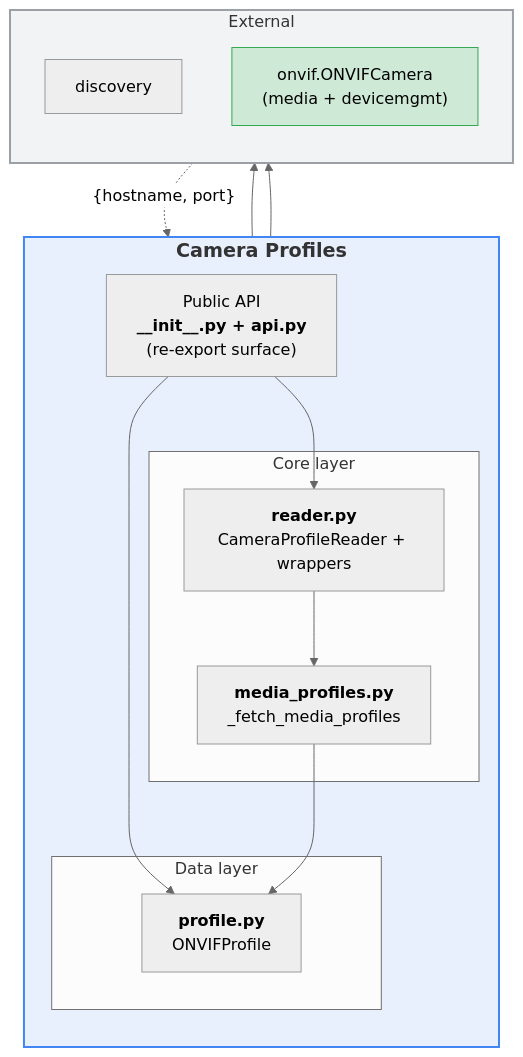
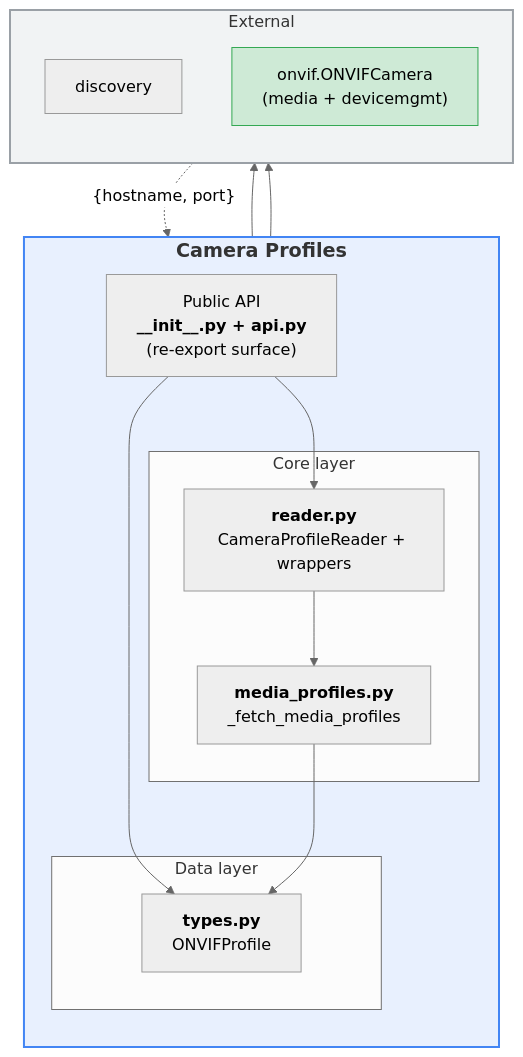
Before and after one commit to kkepka/dlstreamer: the first of 4 diagrams in python/dlstreamer/onvif/camera_profiles/README.md, drawn with Mermaid (neutral theme). The commit also changed other lines of this file and 4 other files, not shown here.

Commit message:
Renamed camera_profiles/profile.py to types.py for consistency with the rest of the ONVIF suite, and updated all imports and README references accordingly.

````diff
--- a/python/dlstreamer/onvif/camera_profiles/README.md
+++ b/python/dlstreamer/onvif/camera_profiles/README.md
@@ -15,31 +15,31 @@
 ```mermaid
 flowchart TD
     subgraph Internal["<b><big>Camera Profiles</big></b>"]
         direction TB
         API["Public API<br/><b>__init__.py + api.py</b><br/>(re-export surface)"]
         subgraph Core["Core layer"]
             READER["<b>reader.py</b><br/>CameraProfileReader + wrappers"]
             MEDIA["<b>media_profiles.py</b><br/>_fetch_media_profiles"]
         end
         subgraph Data["Data layer"]
-            PROFILE["<b>profile.py</b><br/>ONVIFProfile"]
+            PROFILE["<b>types.py</b><br/>ONVIFProfile"]
         end
     end
     subgraph External["External"]
         direction TB
         DISC["discovery"]
         ONVIF["onvif.ONVIFCamera<br/>(media + devicemgmt)"]
     end
 
     API --> READER
     API --> PROFILE
     READER --> MEDIA
     READER --> ONVIF
     MEDIA --> PROFILE
     MEDIA --> ONVIF
     DISC -.->|"{hostname, port}"| READER
     PROFILE ~~~ External
     style Internal fill:#e8f0fe,stroke:#4285f4,stroke-width:2px
     style External fill:#f1f3f4,stroke:#9aa0a6,stroke-width:2px
     style ONVIF fill:#ceead6,stroke:#34a853,stroke-width:1px
 ```
````
